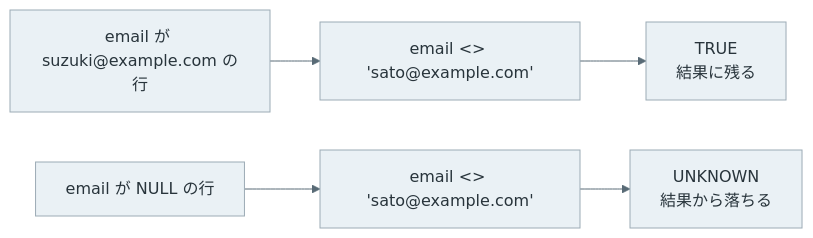
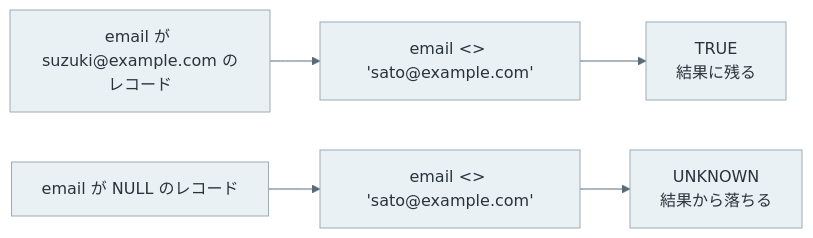
One commit to nao1215/debimate changed the first of 3 diagrams in content/notes/database-systems/sql-null/index.md. Above: the diagram before and after it, drawn with Mermaid. The commit also changed other lines of this file and 125 other files, not shown here.

````diff
--- a/content/notes/database-systems/sql-null/index.md
+++ b/content/notes/database-systems/sql-null/index.md
@@ -19,9 +19,9 @@
 ```mermaid
 %%{init: {"theme":"base","themeVariables":{"primaryColor":"#eaf1f5","primaryTextColor":"#28343b","primaryBorderColor":"#9cabb5","lineColor":"#596b76","textColor":"#28343b","actorBkg":"#eaf1f5","actorBorder":"#9cabb5","actorTextColor":"#28343b","actorLineColor":"#9cabb5","signalColor":"#596b76","signalTextColor":"#28343b","noteBkgColor":"#f7f1e5","noteBorderColor":"#c5b99b","noteTextColor":"#403c32","activationBkgColor":"#edf3ef","activationBorderColor":"#9aafa1"}}}%%
 flowchart LR
-    V["email が suzuki@example.com の行"] --> C1["email &lt;&gt; 'sato@example.com'"]
+    V["email が suzuki@example.com のレコード"] --> C1["email &lt;&gt; 'sato@example.com'"]
     C1 --> T["TRUE<br/>結果に残る"]
-    N["email が NULL の行"] --> C2["email &lt;&gt; 'sato@example.com'"]
+    N["email が NULL のレコード"] --> C2["email &lt;&gt; 'sato@example.com'"]
     C2 --> U["UNKNOWN<br/>結果から落ちる"]
     classDef default fill:#eaf1f5,stroke:#9cabb5,color:#28343b;
 ```
````
